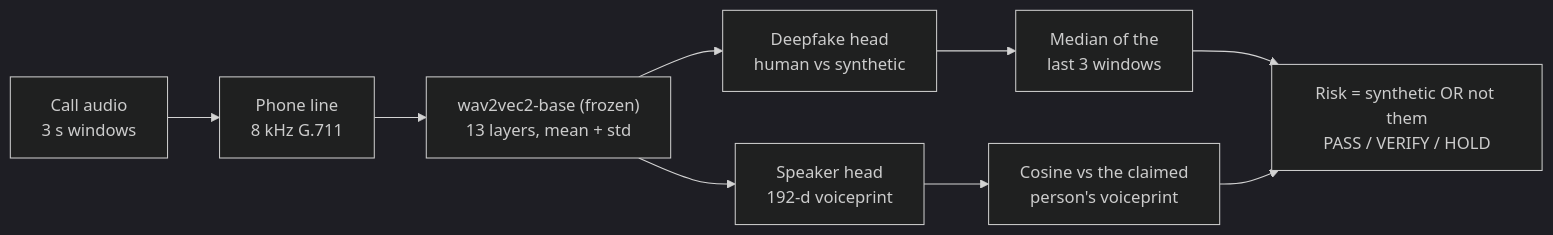
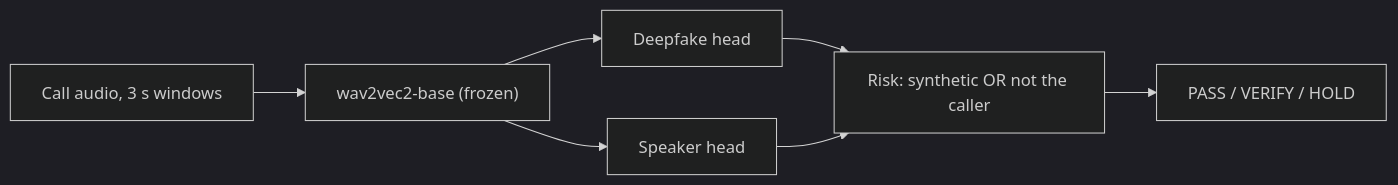
Before and after one commit to asmit-1101/satyavaani: the diagram in README.md, drawn with Mermaid (dark theme). The commit also changed other lines of this file and 30 other files, not shown here.

````diff
--- a/README.md
+++ b/README.md
@@ -12,11 +7,9 @@
 ```mermaid
 flowchart LR
-    A["Call audio<br/>3 s windows"] --> B["Phone line<br/>8 kHz G.711"]
-    B --> C["wav2vec2-base (frozen)<br/>13 layers, mean + std"]
-    C --> D["Deepfake head<br/>human vs synthetic"]
-    C --> E["Speaker head<br/>192-d voiceprint"]
-    D --> F["Median of the<br/>last 3 windows"]
-    E --> G["Cosine vs the claimed<br/>person's voiceprint"]
-    F --> H["Risk = synthetic OR not them<br/>PASS / VERIFY / HOLD"]
-    G --> H
+    A["Call audio, 3 s windows"] --> B["wav2vec2-base (frozen)"]
+    B --> C["Deepfake head"]
+    B --> D["Speaker head"]
+    C --> E["Risk: synthetic OR not the caller"]
+    D --> E
+    E --> F["PASS / VERIFY / HOLD"]
 ```
````
